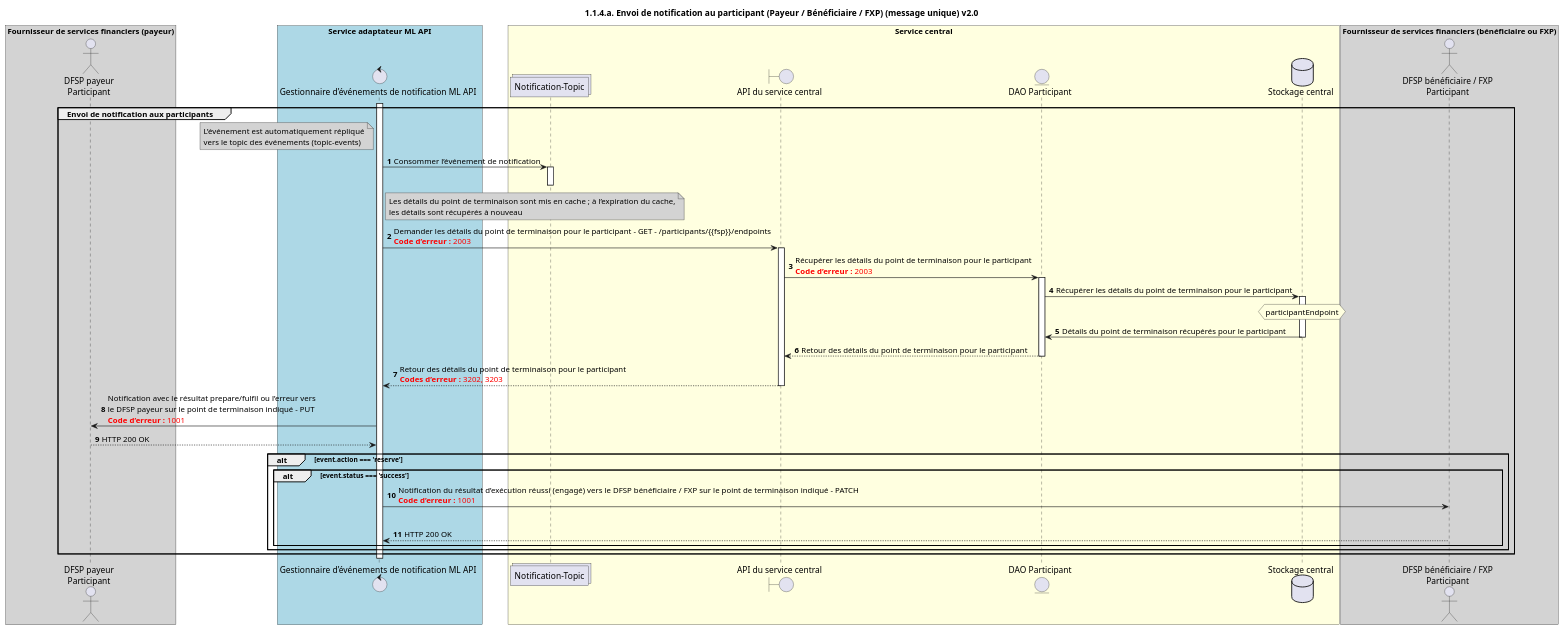
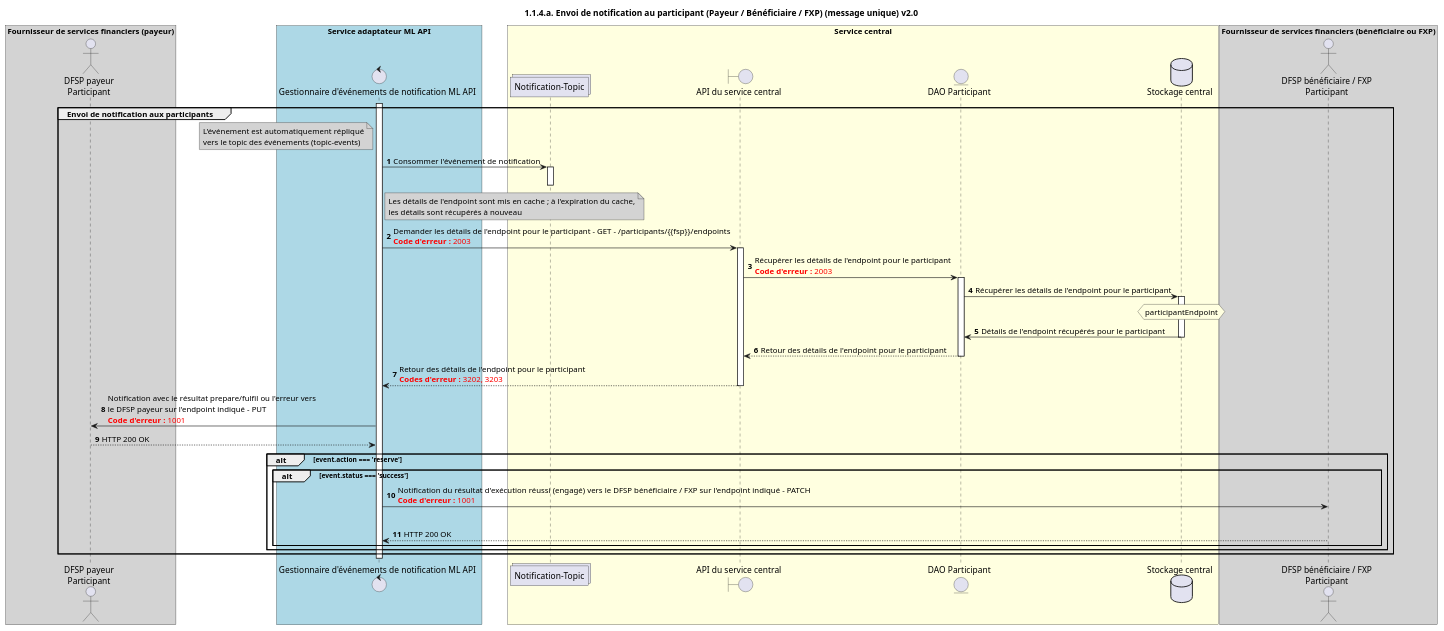
The diagram in docs/fr/technical/central-fx-transfers/assets/diagrams/sequence/seq-prepare-1.1.4.a-v2.0.plantuml (mojaloop/documentation), drawn with PlantUML before and after one commit. The commit also changed 51 other files, not shown here.

```diff
--- a/docs/fr/technical/central-fx-transfers/assets/diagrams/sequence/seq-prepare-1.1.4.a-v2.0.plantuml
+++ b/docs/fr/technical/central-fx-transfers/assets/diagrams/sequence/seq-prepare-1.1.4.a-v2.0.plantuml
@@ -26,74 +26,74 @@
 @startuml send-notification-to-participant-single-message-v2_0
 title 1.1.4.a. Envoi de notification au participant (Payeur / Bénéficiaire / FXP) (message unique) v2.0
 
 autonumber
 
 actor "DFSP payeur\nParticipant" as PAYER_DFSP
 actor "DFSP bénéficiaire / FXP\nParticipant" as PAYEE_DFSP_OR_FXP
-control "Gestionnaire d’événements de notification ML API" as NOTIFY_HANDLER
+control "Gestionnaire d'événements de notification ML API" as NOTIFY_HANDLER
 boundary "API du service central" as CSAPI
 collections "Notification-Topic" as TOPIC_NOTIFICATIONS
 entity "DAO Participant" as PARTICIPANT_DAO
 database "Stockage central" as DB
 
 box "Fournisseur de services financiers (payeur)" #lightGray
 	participant PAYER_DFSP
 end box
 
 box "Service adaptateur ML API" #LightBlue
 	participant NOTIFY_HANDLER
 end box
 
 box "Service central" #LightYellow
     participant TOPIC_NOTIFICATIONS
     participant CSAPI
     participant PARTICIPANT_DAO
     participant DB
 end box
 
 box "Fournisseur de services financiers (bénéficiaire ou FXP)" #lightGray
 	participant PAYEE_DFSP_OR_FXP
 end box
 
 activate NOTIFY_HANDLER
 group Envoi de notification aux participants
     note left of NOTIFY_HANDLER #lightgray
-        L’événement est automatiquement répliqué
+        L'événement est automatiquement répliqué
         vers le topic des événements (topic-events)
     end note
-    TOPIC_NOTIFICATIONS <- NOTIFY_HANDLER: Consommer l’événement de notification
+    TOPIC_NOTIFICATIONS <- NOTIFY_HANDLER: Consommer l'événement de notification
     activate TOPIC_NOTIFICATIONS
     deactivate TOPIC_NOTIFICATIONS
 
     note right of NOTIFY_HANDLER #lightgray
-        Les détails du point de terminaison sont mis en cache ; à l’expiration du cache,
+        Les détails de l'endpoint sont mis en cache ; à l'expiration du cache,
         les détails sont récupérés à nouveau
     end note
-    NOTIFY_HANDLER -> CSAPI: Demander les détails du point de terminaison pour le participant - GET - /participants/{{fsp}}/endpoints\n<color #FF0000><b>Code d’erreur :</b> 2003</color>
+    NOTIFY_HANDLER -> CSAPI: Demander les détails de l'endpoint pour le participant - GET - /participants/{{fsp}}/endpoints\n<color #FF0000><b>Code d'erreur :</b> 2003</color>
 
     activate CSAPI
-    CSAPI -> PARTICIPANT_DAO: Récupérer les détails du point de terminaison pour le participant\n<color #FF0000><b>Code d’erreur :</b> 2003</color>
+    CSAPI -> PARTICIPANT_DAO: Récupérer les détails de l'endpoint pour le participant\n<color #FF0000><b>Code d'erreur :</b> 2003</color>
     activate PARTICIPANT_DAO
-    PARTICIPANT_DAO -> DB: Récupérer les détails du point de terminaison pour le participant
+    PARTICIPANT_DAO -> DB: Récupérer les détails de l'endpoint pour le participant
     activate DB
     hnote over DB #lightyellow
         participantEndpoint
     end note
-    DB -> PARTICIPANT_DAO: Détails du point de terminaison récupérés pour le participant
+    DB -> PARTICIPANT_DAO: Détails de l'endpoint récupérés pour le participant
     deactivate DB
-    PARTICIPANT_DAO --> CSAPI: Retour des détails du point de terminaison pour le participant
+    PARTICIPANT_DAO --> CSAPI: Retour des détails de l'endpoint pour le participant
     deactivate PARTICIPANT_DAO
-    CSAPI --> NOTIFY_HANDLER: Retour des détails du point de terminaison pour le participant\n<color #FF0000><b>Codes d’erreur :</b> 3202, 3203</color>
+    CSAPI --> NOTIFY_HANDLER: Retour des détails de l'endpoint pour le participant\n<color #FF0000><b>Codes d'erreur :</b> 3202, 3203</color>
     deactivate CSAPI
-    NOTIFY_HANDLER -> PAYER_DFSP: Notification avec le résultat prepare/fulfil ou l’erreur vers\nle DFSP payeur sur le point de terminaison indiqué - PUT \n<color #FF0000><b>Code d’erreur :</b> 1001</color>
+    NOTIFY_HANDLER -> PAYER_DFSP: Notification avec le résultat prepare/fulfil ou l'erreur vers\nle DFSP payeur sur l'endpoint indiqué - PUT \n<color #FF0000><b>Code d'erreur :</b> 1001</color>
     NOTIFY_HANDLER <-- PAYER_DFSP: HTTP 200 OK 
     alt event.action === 'reserve'
         alt event.status === 'success'
-        NOTIFY_HANDLER -> PAYEE_DFSP_OR_FXP: Notification du résultat d’exécution réussi (engagé) vers le DFSP bénéficiaire / FXP sur le point de terminaison indiqué - PATCH \n<color #FF0000><b>Code d’erreur :</b> 1001</color>
+        NOTIFY_HANDLER -> PAYEE_DFSP_OR_FXP: Notification du résultat d'exécution réussi (engagé) vers le DFSP bénéficiaire / FXP sur l'endpoint indiqué - PATCH \n<color #FF0000><b>Code d'erreur :</b> 1001</color>
         |||
         NOTIFY_HANDLER <-- PAYEE_DFSP_OR_FXP: HTTP 200 OK
         end 
     end
 end
 deactivate NOTIFY_HANDLER
 @enduml
```
